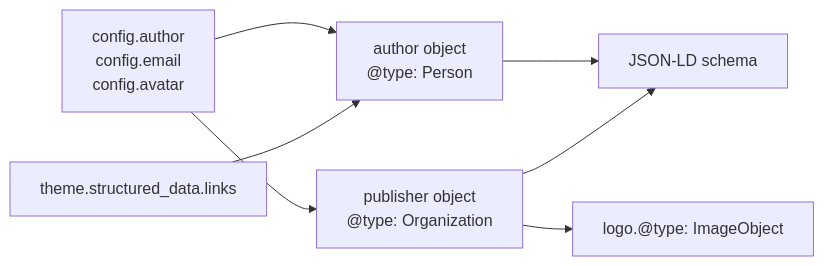
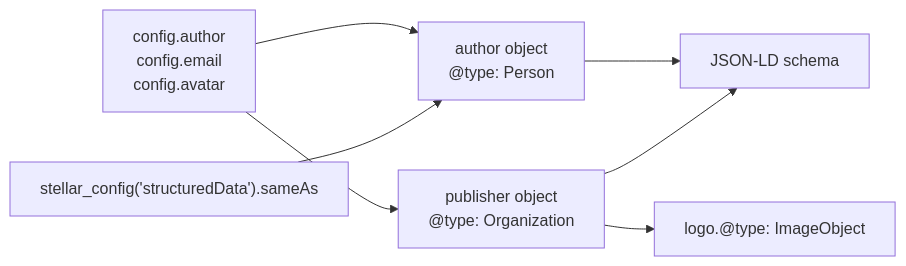
One commit to xaoxuu/hexo-theme-stellar changed the sixth of 8 diagrams in docs/knowledge/02-布局系统/head-seo.md. Above: the diagram before and after it, drawn with Mermaid. The commit also changed other lines of this file and 861 other files, not shown here.

````diff
--- a/docs/knowledge/02-布局系统/head-seo.md
+++ b/docs/knowledge/02-布局系统/head-seo.md
@@ -355,12 +353,12 @@
 ```mermaid
 graph LR
     CONFIG["config.author<br/>config.email<br/>config.avatar"] --> AUTHOR["author object<br/>@type: Person"]
     CONFIG --> PUBLISHER["publisher object<br/>@type: Organization"]
     
-    STRUCTDATA["theme.structured_data.links"] --> AUTHOR
+    STRUCTDATA["stellar_config('structuredData').sameAs"] --> AUTHOR
     
     AUTHOR --> SCHEMA["JSON-LD schema"]
     PUBLISHER --> SCHEMA
     
     PUBLISHER --> LOGO["logo.@type: ImageObject"]
 ```
````
